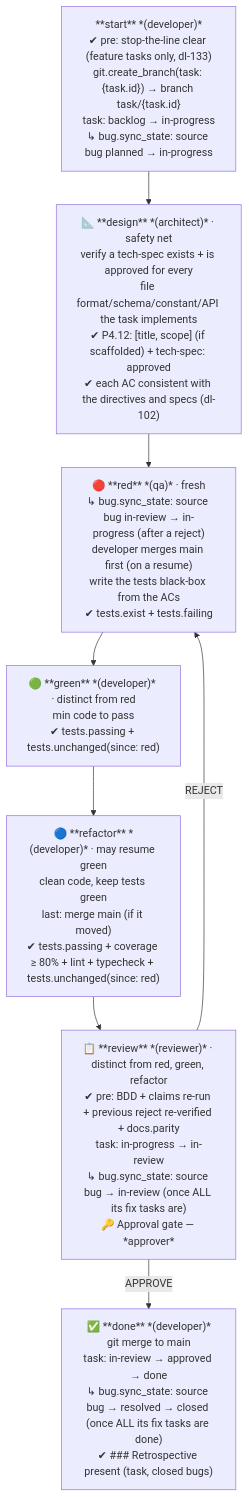
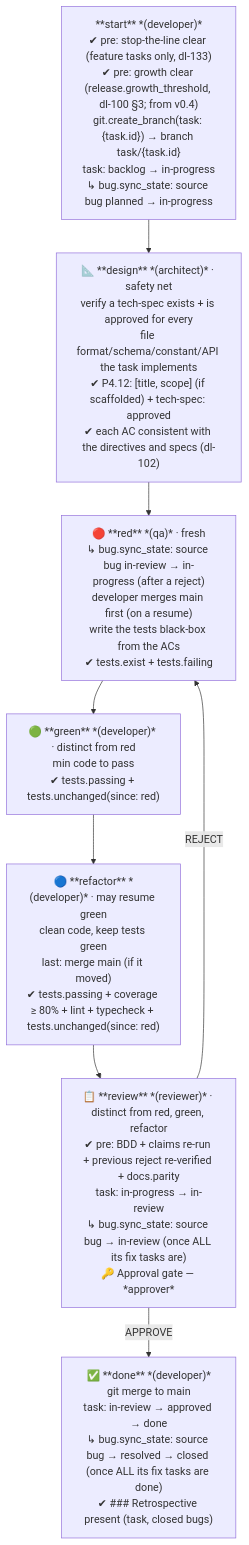
The tenth of 29 diagrams in .wingfoil/WORKFLOW.md (wingfoil/wingfoil), drawn with Mermaid before and after one commit. The commit also changed other lines of this file and 13 other files, not shown here.

First line of the commit message:
feat(workflow): task-230 — element:<field> collections; the wave, its re-sweep, re-plan and wave-checks; the growth threshold

````diff
--- a/.wingfoil/WORKFLOW.md
+++ b/.wingfoil/WORKFLOW.md
@@ -252,14 +276,14 @@
 ```mermaid
 flowchart TD
-    ST["**start** *(developer)*\n✔ pre: stop-the-line clear (feature tasks only, dl-133)\ngit.create_branch(task: {task.id}) → branch task/{task.id}\ntask: backlog → in-progress\n↳ bug.sync_state: source bug planned → in-progress"]
+    ST["**start** *(developer)*\n✔ pre: stop-the-line clear (feature tasks only, dl-133)\n✔ pre: growth clear (release.growth_threshold, dl-100 §3; from v0.4)\ngit.create_branch(task: {task.id}) → branch task/{task.id}\ntask: backlog → in-progress\n↳ bug.sync_state: source bug planned → in-progress"]
     DES["📐 **design** *(architect)* · safety net\nverify a tech-spec exists + is approved for every\nfile format/schema/constant/API the task implements\n✔ P4.12: [title, scope] (if scaffolded) + tech-spec: approved\n✔ each AC consistent with the directives and specs (dl-102)"]
     RED["🔴 **red** *(qa)* · fresh\n↳ bug.sync_state: source bug in-review → in-progress (after a reject)\ndeveloper merges main first (on a resume)\nwrite the tests black-box from the ACs\n✔ tests.exist + tests.failing"]
     GREEN["🟢 **green** *(developer)* · distinct from red\nmin code to pass\n✔ tests.passing + tests.unchanged(since: red)"]
     REF["🔵 **refactor** *(developer)* · may resume green\nclean code, keep tests green\nlast: merge main (if it moved)\n✔ tests.passing + coverage ≥ 80% + lint + typecheck + tests.unchanged(since: red)"]
     REV["📋 **review** *(reviewer)* · distinct from red, green, refactor\n✔ pre: BDD + claims re-run + previous reject re-verified + docs.parity\ntask: in-progress → in-review\n↳ bug.sync_state: source bug → in-review (once ALL its fix tasks are)\n🔑 Approval gate — *approver*"]
     DONE["✅ **done** *(developer)*\ngit merge to main\ntask: in-review → approved → done\n↳ bug.sync_state: source bug → resolved → closed (once ALL its fix tasks are done)\n✔ ### Retrospective present (task, closed bugs)"]
 
     ST --> DES --> RED --> GREEN --> REF --> REV
     REV -->|APPROVE| DONE
     REV -->|REJECT| RED
 ```
````
